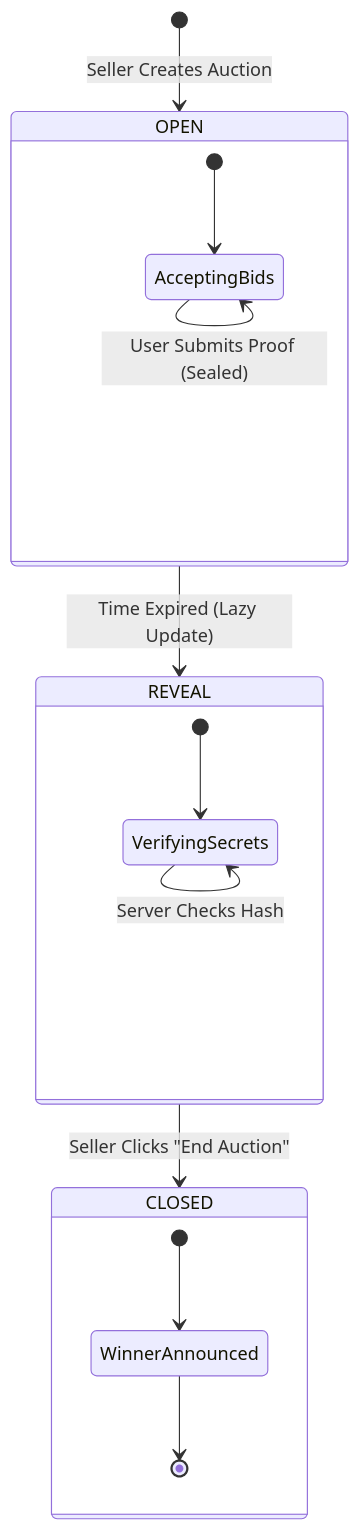
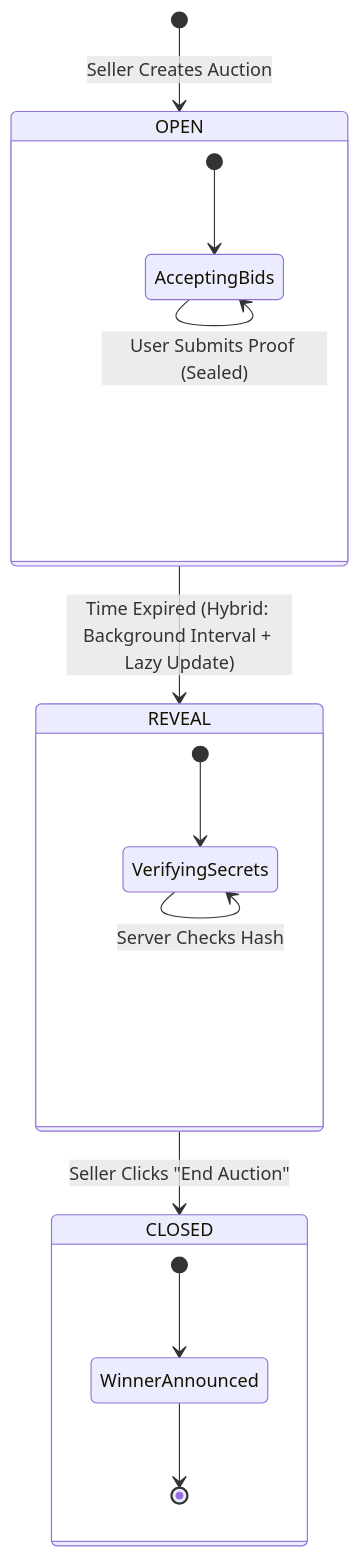
One commit to HuongVT0503/honest-auction-house changed the third of 3 diagrams in README.md. Above: the diagram before and after it, drawn with Mermaid. The commit also changed other lines of this file and 4 other files, not shown here.

````diff
--- a/README.md
+++ b/README.md
@@ -407,24 +379,24 @@
 ```mermaid
 stateDiagram-v2
     [*] --> OPEN: Seller Creates Auction
 
     state OPEN {
         [*] --> AcceptingBids
         AcceptingBids --> AcceptingBids: User Submits Proof (Sealed)
     }
 
-    OPEN --> REVEAL: Time Expired (Lazy Update)
+    OPEN --> REVEAL: Time Expired (Hybrid: Background Interval + Lazy Update)
 
     state REVEAL {
         [*] --> VerifyingSecrets
         VerifyingSecrets --> VerifyingSecrets: User Reveals Secret
         VerifyingSecrets --> VerifyingSecrets: Server Checks Hash
     }
 
     REVEAL --> CLOSED: Seller Clicks "End Auction"
 
     state CLOSED {
         [*] --> WinnerAnnounced
         WinnerAnnounced --> [*]
     }
 ```
````
